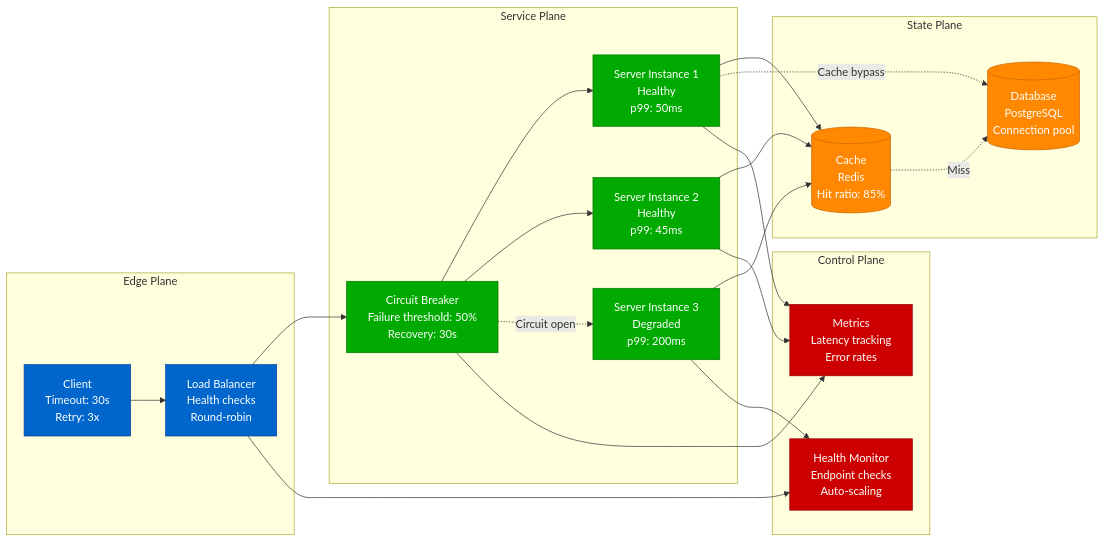
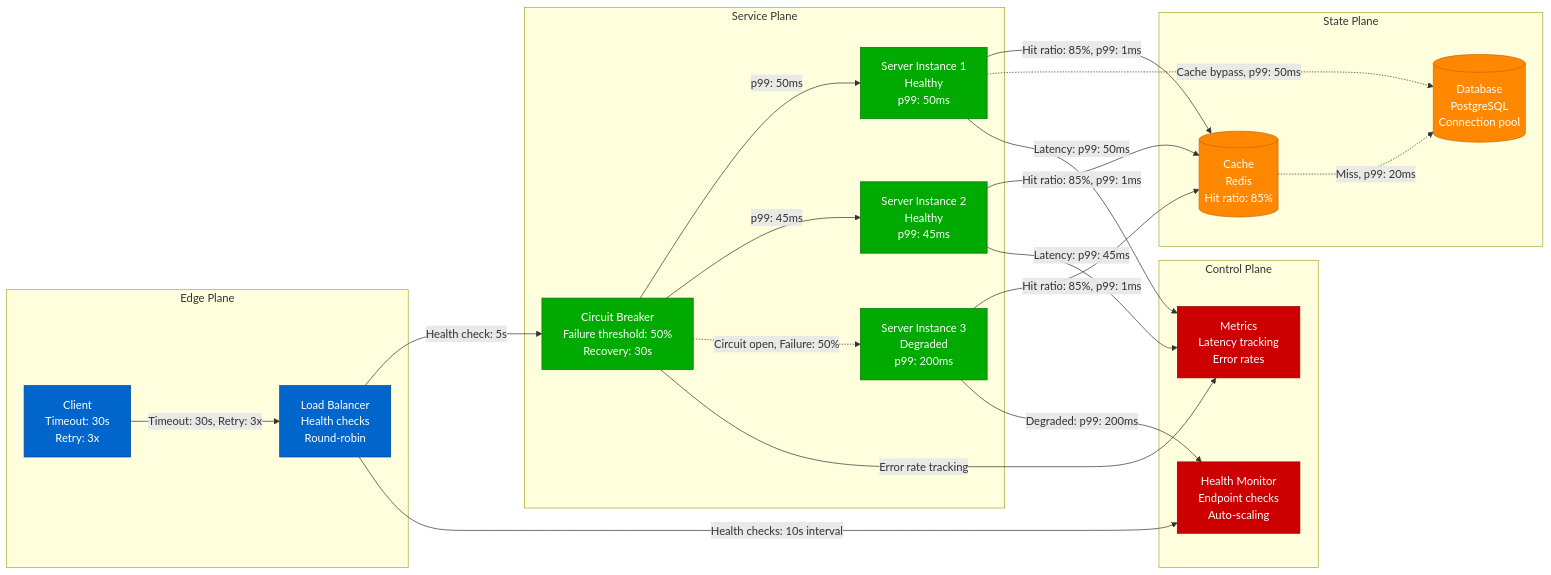
One commit to deepaucksharma/DS changed the fifth of 12 diagrams in site/docs/patterns/micro-patterns.md. Above: the diagram before and after it, drawn with Mermaid. The commit also changed other lines of this file and 108 other files, not shown here.

````diff
--- a/site/docs/patterns/micro-patterns.md
+++ b/site/docs/patterns/micro-patterns.md
@@ -314,55 +314,55 @@
 ```mermaid
 graph LR
     subgraph EdgePlane[Edge Plane]
         CLIENT[Client<br/>Timeout: 30s<br/>Retry: 3x]
         LB[Load Balancer<br/>Health checks<br/>Round-robin]
     end
 
     subgraph ServicePlane[Service Plane]
         CB[Circuit Breaker<br/>Failure threshold: 50%<br/>Recovery: 30s]
         SERVER1[Server Instance 1<br/>Healthy<br/>p99: 50ms]
         SERVER2[Server Instance 2<br/>Healthy<br/>p99: 45ms]
         SERVER3[Server Instance 3<br/>Degraded<br/>p99: 200ms]
     end
 
     subgraph StatePlane[State Plane]
         CACHE[(Cache<br/>Redis<br/>Hit ratio: 85%)]
         DB[(Database<br/>PostgreSQL<br/>Connection pool)]
     end
 
     subgraph ControlPlane[Control Plane]
         HEALTH[Health Monitor<br/>Endpoint checks<br/>Auto-scaling]
         METRICS[Metrics<br/>Latency tracking<br/>Error rates]
     end
 
     %% Request flow
-    CLIENT --> LB
-    LB --> CB
-    CB --> SERVER1
-    CB --> SERVER2
-    CB -.->|Circuit open| SERVER3
+    CLIENT -->|Timeout: 30s, Retry: 3x| LB
+    LB -->|Health check: 5s| CB
+    CB -->|p99: 50ms| SERVER1
+    CB -->|p99: 45ms| SERVER2
+    CB -.->|Circuit open, Failure: 50%| SERVER3
 
     %% Data access
-    SERVER1 --> CACHE
-    SERVER2 --> CACHE
-    SERVER3 --> CACHE
-    CACHE -.->|Miss| DB
-    SERVER1 -.->|Cache bypass| DB
+    SERVER1 -->|Hit ratio: 85%, p99: 1ms| CACHE
+    SERVER2 -->|Hit ratio: 85%, p99: 1ms| CACHE
+    SERVER3 -->|Hit ratio: 85%, p99: 1ms| CACHE
+    CACHE -.->|Miss, p99: 20ms| DB
+    SERVER1 -.->|Cache bypass, p99: 50ms| DB
 
     %% Monitoring
-    LB --> HEALTH
-    CB --> METRICS
-    SERVER1 --> METRICS
-    SERVER2 --> METRICS
-    SERVER3 --> HEALTH
+    LB -->|Health checks: 10s interval| HEALTH
+    CB -->|Error rate tracking| METRICS
+    SERVER1 -->|Latency: p99: 50ms| METRICS
+    SERVER2 -->|Latency: p99: 45ms| METRICS
+    SERVER3 -->|Degraded: p99: 200ms| HEALTH
 
     classDef edgeStyle fill:#0066CC,stroke:#004499,color:#fff
     classDef serviceStyle fill:#00AA00,stroke:#007700,color:#fff
     classDef stateStyle fill:#FF8800,stroke:#CC6600,color:#fff
     classDef controlStyle fill:#CC0000,stroke:#990000,color:#fff
 
     class CLIENT,LB edgeStyle
     class CB,SERVER1,SERVER2,SERVER3 serviceStyle
     class CACHE,DB stateStyle
     class HEALTH,METRICS controlStyle
 ```
````
